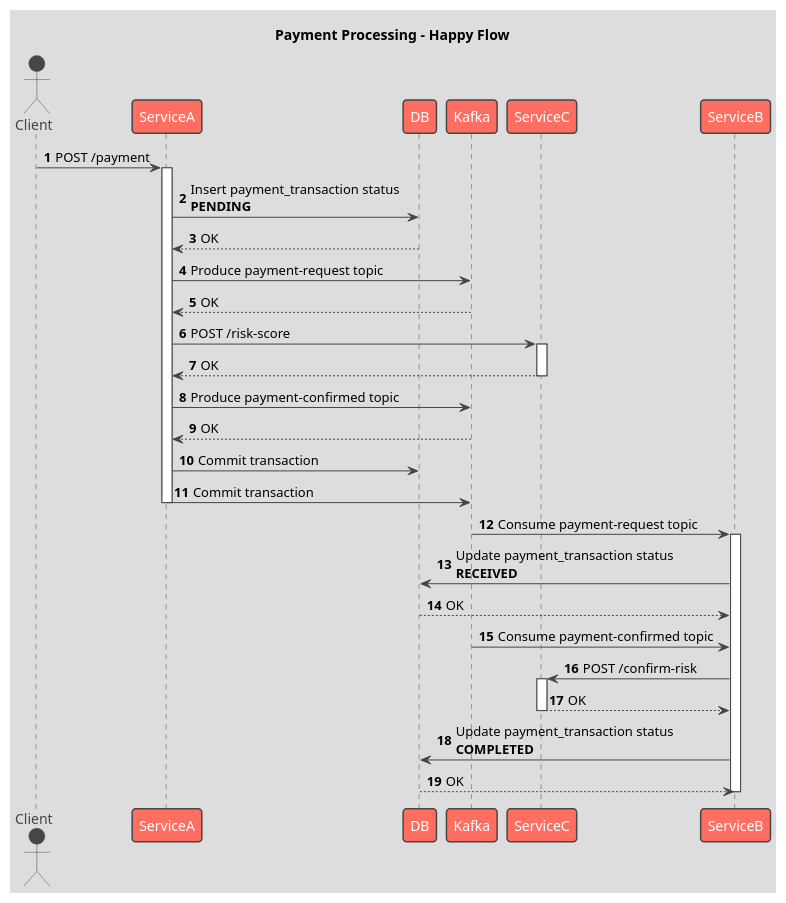
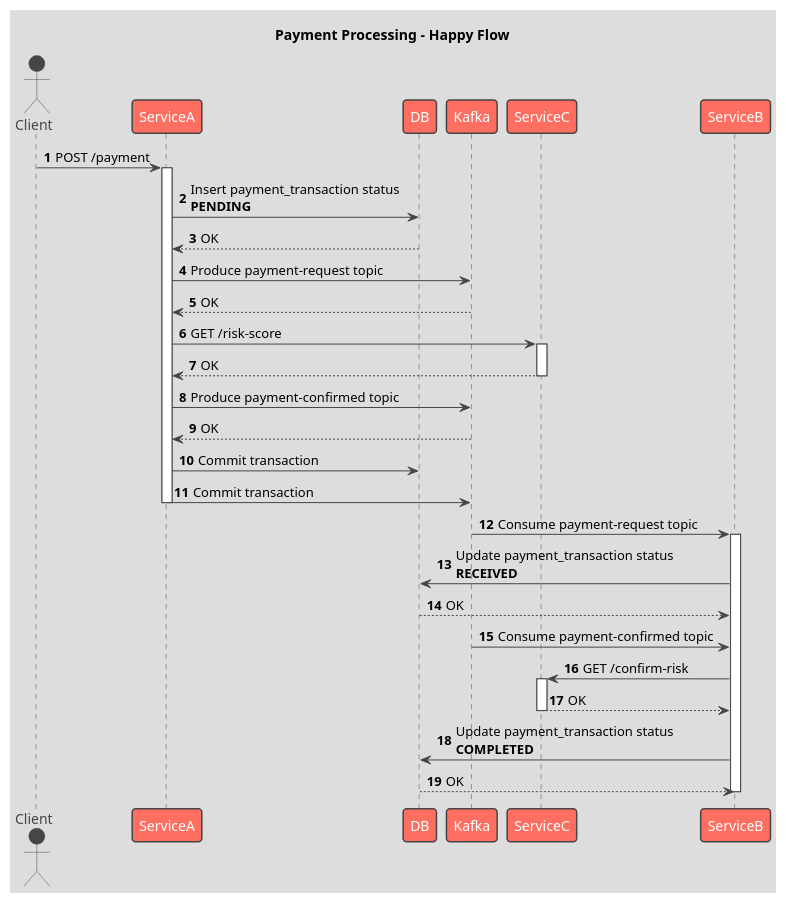
Before and after one commit to norulshahlam/spring-boot-kafka-tutorials: the diagram in library-service-producer/src/main/resources/happy-flow.plantuml, drawn with PlantUML. The commit also changed 1 other file, not shown here.

```diff
--- a/library-service-producer/src/main/resources/happy-flow.plantuml
+++ b/library-service-producer/src/main/resources/happy-flow.plantuml
@@ -1,43 +1,43 @@
 @startuml
 !theme toy
 title Payment Processing - Happy Flow
 autonumber
 actor Client
 
 Client -> ServiceA: POST /payment
 activate ServiceA
 
 ServiceA -> DB: Insert payment_transaction status \n<b>PENDING</b>
 DB --> ServiceA: OK
 
 ServiceA -> Kafka: Produce payment-request topic
 Kafka --> ServiceA: OK
 
-ServiceA -> ServiceC: POST /risk-score
+ServiceA -> ServiceC: GET /risk-score
 activate ServiceC
 ServiceC --> ServiceA: OK
 deactivate ServiceC
 
 ServiceA -> Kafka: Produce payment-confirmed topic
 Kafka --> ServiceA: OK
 
 ServiceA -> DB: Commit transaction
 ServiceA -> Kafka: Commit transaction
 deactivate ServiceA
 
 Kafka -> ServiceB: Consume payment-request topic
 activate ServiceB
 ServiceB -> DB: Update payment_transaction status \n<b>RECEIVED</b>
 DB --> ServiceB: OK
 
 Kafka -> ServiceB: Consume payment-confirmed topic
-ServiceB -> ServiceC: POST /confirm-risk
+ServiceB -> ServiceC: GET /confirm-risk
 activate ServiceC
 ServiceC --> ServiceB: OK
 deactivate ServiceC
 
 ServiceB -> DB: Update payment_transaction status \n<b>COMPLETED</b>
 DB --> ServiceB: OK
 deactivate ServiceB
 
 @enduml
```
